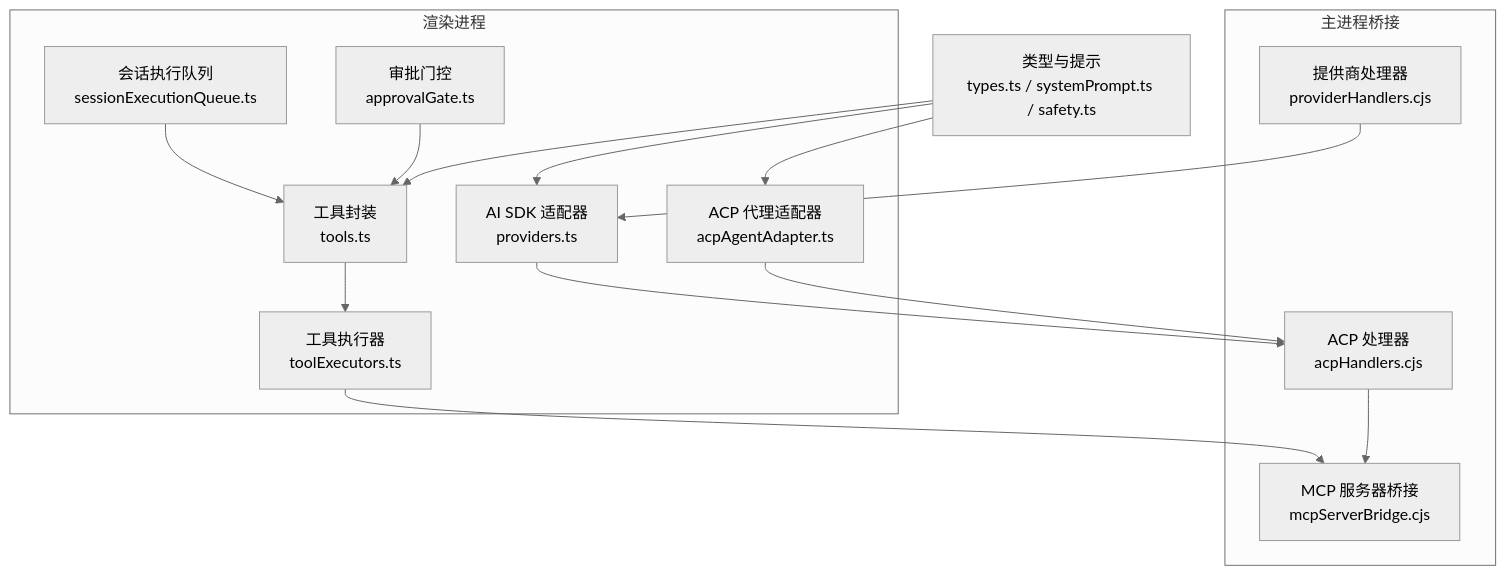
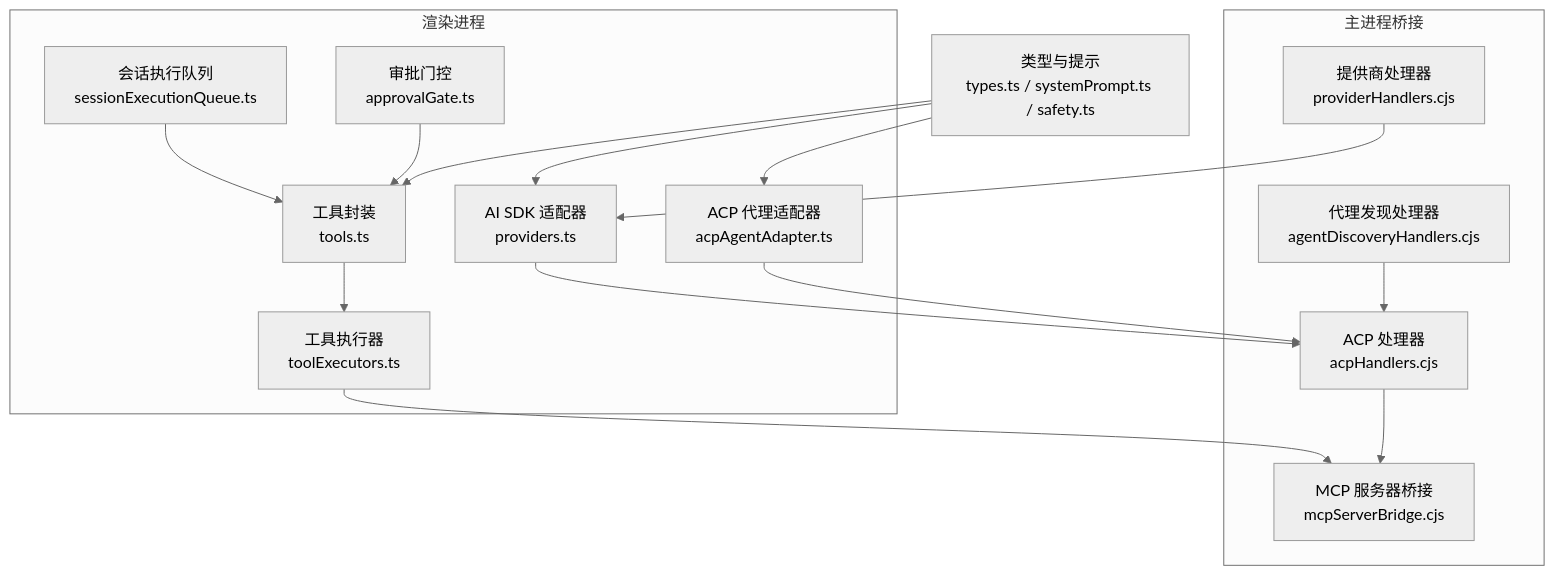
Before and after one commit to szeiyou/Netcatty: the first of 8 diagrams in .qoder/repowiki/zh/content/开发者文档/基础设施服务/AI基础设施.md, drawn with Mermaid (neutral theme). The commit also changed other lines of this file and 8 other files, not shown here.

````diff
--- a/.qoder/repowiki/zh/content/开发者文档/基础设施服务/AI基础设施.md
+++ b/.qoder/repowiki/zh/content/开发者文档/基础设施服务/AI基础设施.md
@@ -52,28 +56,30 @@
 ```mermaid
 graph TB
 subgraph "渲染进程"
 A["AI SDK 适配器<br/>providers.ts"]
 B["工具封装<br/>tools.ts"]
 C["会话执行队列<br/>sessionExecutionQueue.ts"]
 D["审批门控<br/>approvalGate.ts"]
 E["工具执行器<br/>toolExecutors.ts"]
 F["ACP 代理适配器<br/>acpAgentAdapter.ts"]
 end
 subgraph "主进程桥接"
 G["ACP 处理器<br/>acpHandlers.cjs"]
-H["提供商处理器<br/>providerHandlers.cjs"]
-I["MCP 服务器桥接<br/>mcpServerBridge.cjs"]
+H["代理发现处理器<br/>agentDiscoveryHandlers.cjs"]
+I["提供商处理器<br/>providerHandlers.cjs"]
+J["MCP 服务器桥接<br/>mcpServerBridge.cjs"]
 end
-J["类型与提示<br/>types.ts / systemPrompt.ts / safety.ts"]
+K["类型与提示<br/>types.ts / systemPrompt.ts / safety.ts"]
 A --> G
 B --> E
 C --> B
 D --> B
-E --> I
+E --> J
 F --> G
-G --> I
-H --> A
-J --> A
-J --> B
-J --> F
+G --> J
+H --> G
+I --> A
+K --> A
+K --> B
+K --> F
 ```
````
